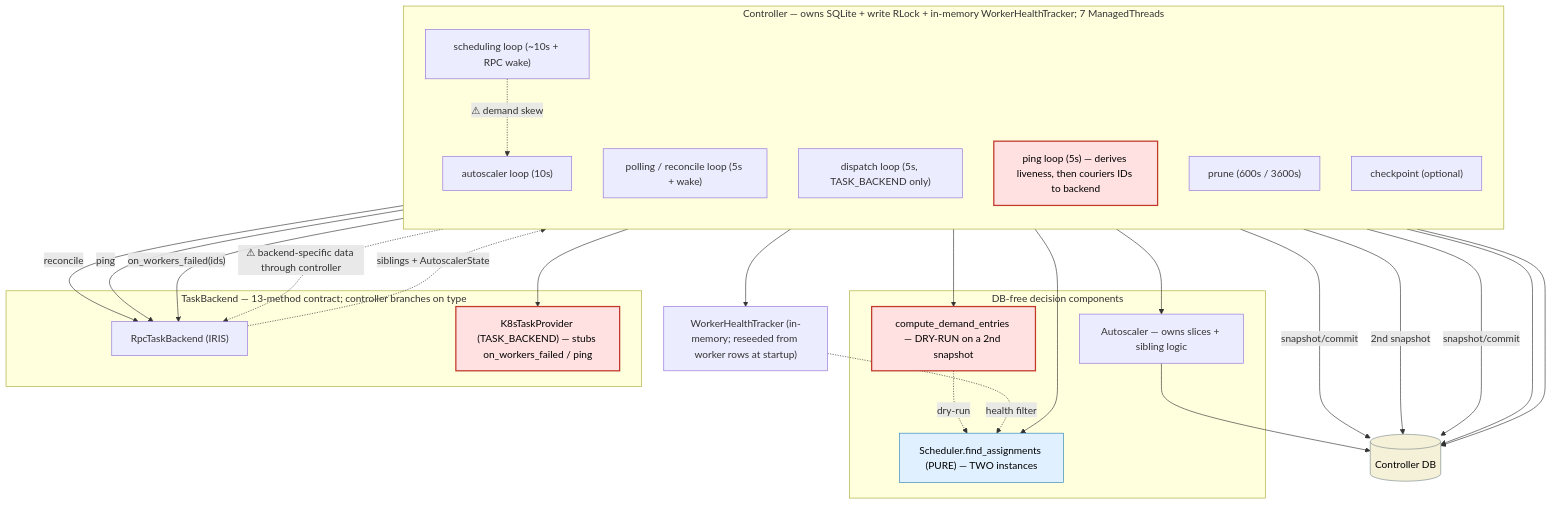
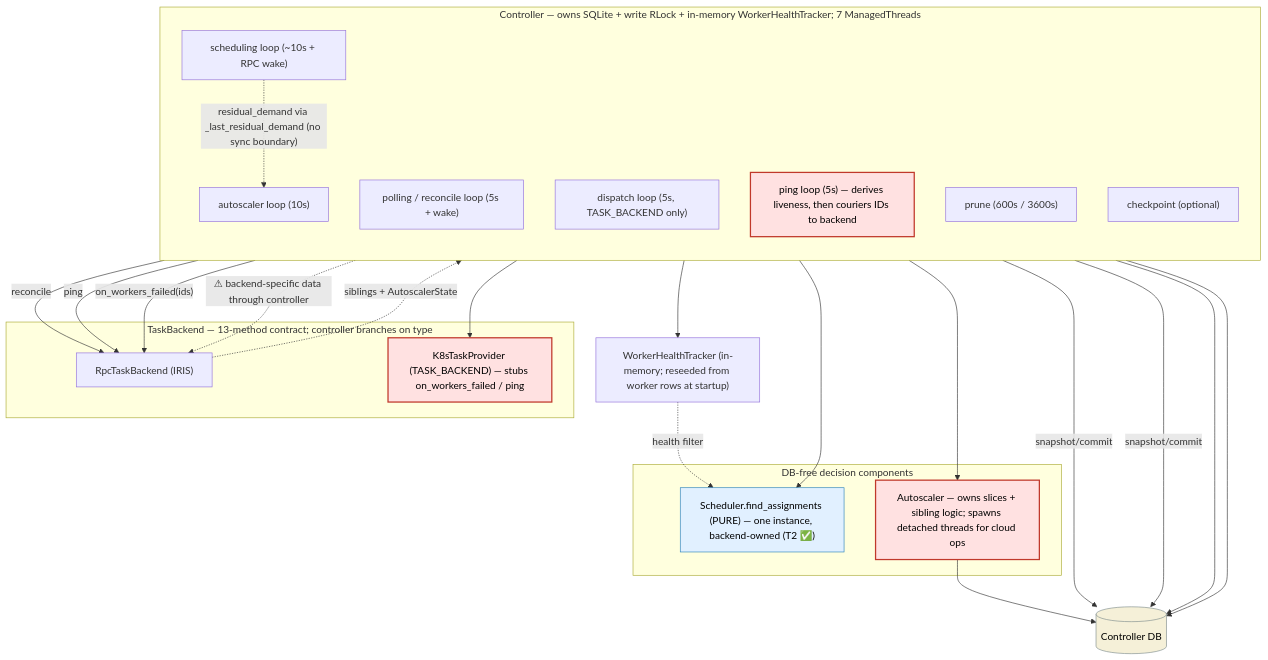
The first of 2 diagrams in docs/plans/tighten-iris-control-boundaries-multi-backend-readiness.md (marin-community/marin), drawn with Mermaid before and after one commit. The commit also changed other lines of this file, not shown here.

First line of the commit message:
[iris] Plan: independent layer landed; record post-merge audit; add T6 polled ops

````diff
--- a/docs/plans/tighten-iris-control-boundaries-multi-backend-readiness.md
+++ b/docs/plans/tighten-iris-control-boundaries-multi-backend-readiness.md
@@ -82,50 +123,47 @@
 ```mermaid
 flowchart TB
     classDef problem fill:#ffe1e1,stroke:#c0392b,stroke-width:2px,color:#000;
     classDef pure fill:#e1f0ff,stroke:#2980b9,color:#000;
     classDef store fill:#f5f0d8,stroke:#7f8c8d,color:#000;
 
     subgraph CTRL["Controller — owns SQLite + write RLock + in-memory WorkerHealthTracker; 7 ManagedThreads"]
         direction TB
         L1["scheduling loop (~10s + RPC wake)"]
         L2["polling / reconcile loop (5s + wake)"]
         L3["dispatch loop (5s, TASK_BACKEND only)"]
         L4["ping loop (5s) — derives liveness, then couriers IDs to backend"]:::problem
         L5["autoscaler loop (10s)"]
         L6["prune (600s / 3600s)"]
         L7["checkpoint (optional)"]
     end
 
     DB[("Controller DB")]:::store
     HT["WorkerHealthTracker (in-memory; reseeded from worker rows at startup)"]
 
     subgraph PURE["DB-free decision components"]
-        SCH["Scheduler.find_assignments (PURE) — TWO instances"]:::pure
-        DEM["compute_demand_entries — DRY-RUN on a 2nd snapshot"]:::problem
-        ASP["Autoscaler — owns slices + sibling logic"]
+        SCH["Scheduler.find_assignments (PURE) — one instance, backend-owned (T2 ✅)"]:::pure
+        ASP["Autoscaler — owns slices + sibling logic; spawns detached threads for cloud ops"]:::problem
     end
 
     subgraph BK["TaskBackend — 13-method contract; controller branches on type"]
         RPCB["RpcTaskBackend (IRIS)"]
         K8S["K8sTaskProvider (TASK_BACKEND) — stubs on_workers_failed / ping"]:::problem
     end
 
     L1 --> SCH
     L1 -->|"snapshot/commit"| DB
-    L5 -->|"2nd snapshot"| DB
-    L5 --> DEM -.->|"dry-run"| SCH
+    L1 -.->|"residual_demand via _last_residual_demand (no sync boundary)"| L5
     L5 --> ASP --> DB
     L2 -->|"snapshot/commit"| DB
     L2 -->|"reconcile"| RPCB
     L3 --> K8S
     L4 -->|"ping"| RPCB
     L4 --> HT
     L4 -->|"on_workers_failed(ids)"| RPCB
     RPCB -.->|"siblings + AutoscalerState"| L4
     HT -.->|"health filter"| SCH
     L6 --> DB
     L7 --> DB
 
-    L1 -.->|"⚠ demand skew"| L5
     L4 -.->|"⚠ backend-specific data through controller"| RPCB
 ```
````
